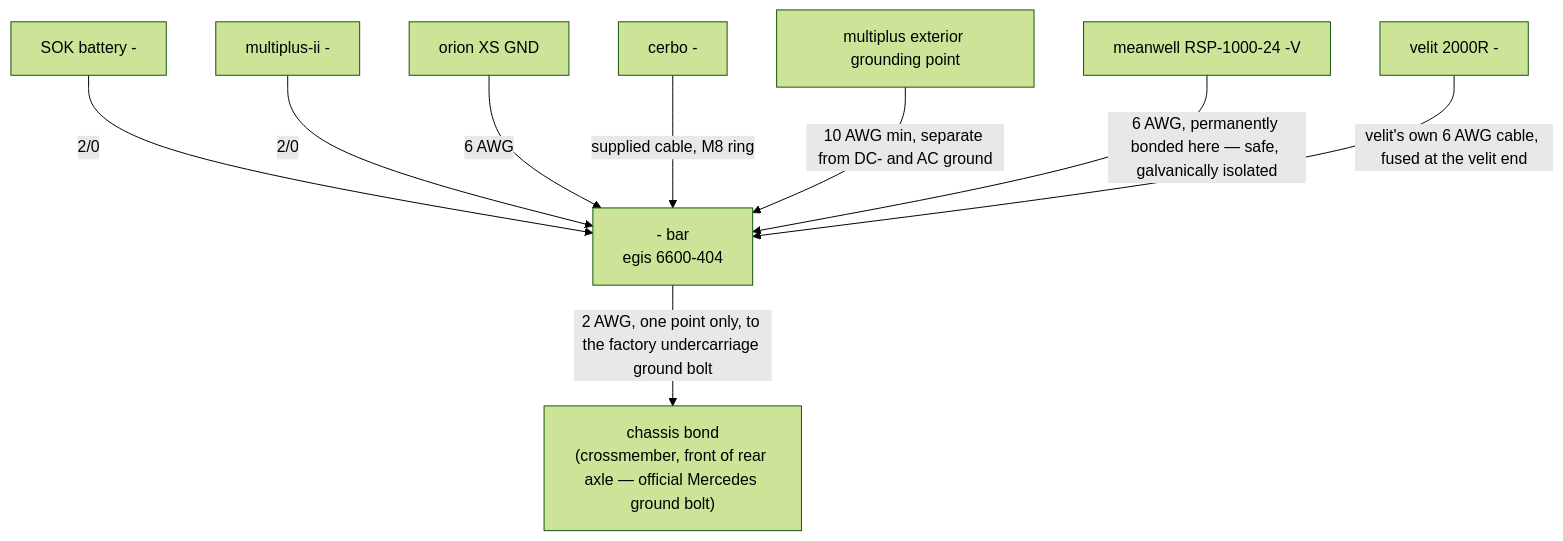
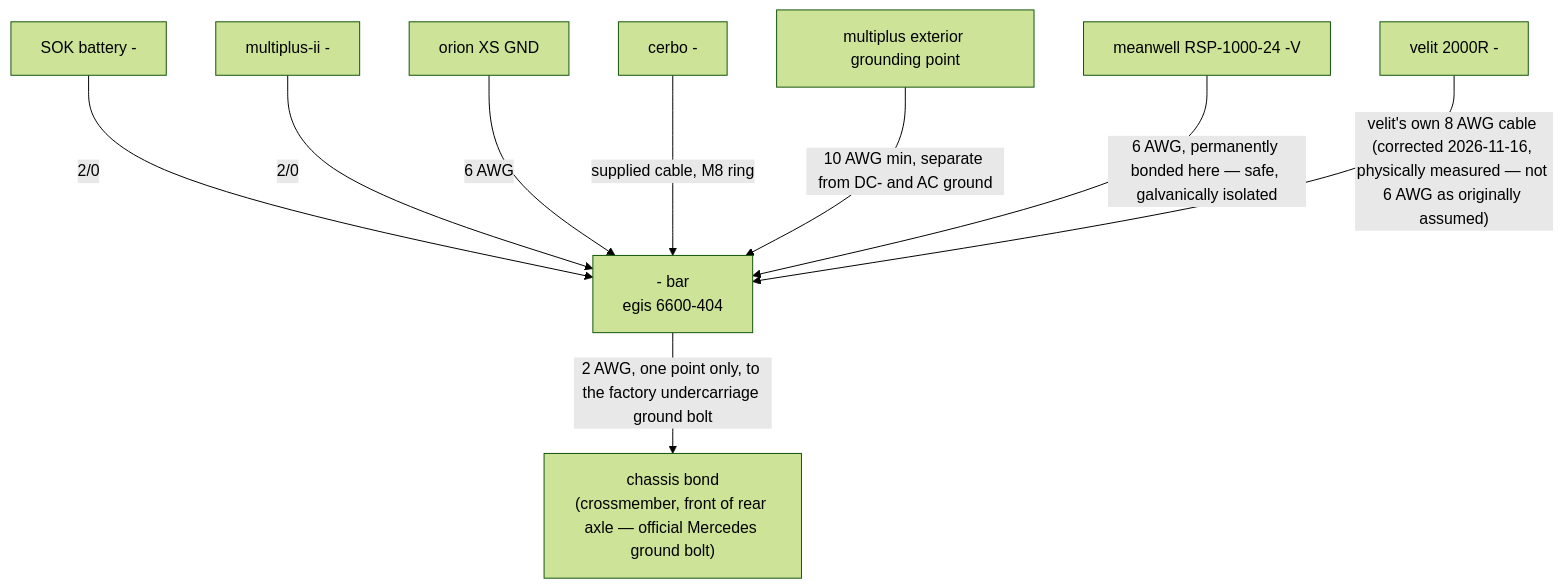
One commit to timit/vandalia changed the second of 6 diagrams in electrical/PLAN.md. Above: the diagram before and after it, drawn with Mermaid (forest theme). The commit also changed other lines of this file and 1 other file, not shown here.

````diff
--- a/electrical/PLAN.md
+++ b/electrical/PLAN.md
@@ -73,11 +73,11 @@
 ```mermaid
 flowchart TB
   sokn["SOK battery -"] -->|"2/0"| nbar["- bar<br/>egis 6600-404"]
   mpn["multiplus-ii -"] -->|"2/0"| nbar
   xsg["orion XS GND"] -->|"6 AWG"| nbar
   cerbon["cerbo -"] -->|"supplied cable, M8 ring"| nbar
   mpg["multiplus exterior grounding point"] -->|"10 AWG min, separate from DC- and AC ground"| nbar
   mwn["meanwell RSP-1000-24 -V"] -->|"6 AWG, permanently bonded here — safe, galvanically isolated"| nbar
-  veln["velit 2000R -"] -->|"velit's own 6 AWG cable, fused at the velit end"| nbar
+  veln["velit 2000R -"] -->|"velit's own 8 AWG cable (corrected 2026-11-16, physically measured — not 6 AWG as originally assumed)"| nbar
   nbar -->|"2 AWG, one point only, to the factory undercarriage ground bolt"| chassis["chassis bond<br/>(crossmember, front of rear axle — official Mercedes ground bolt)"]
 ```
````
